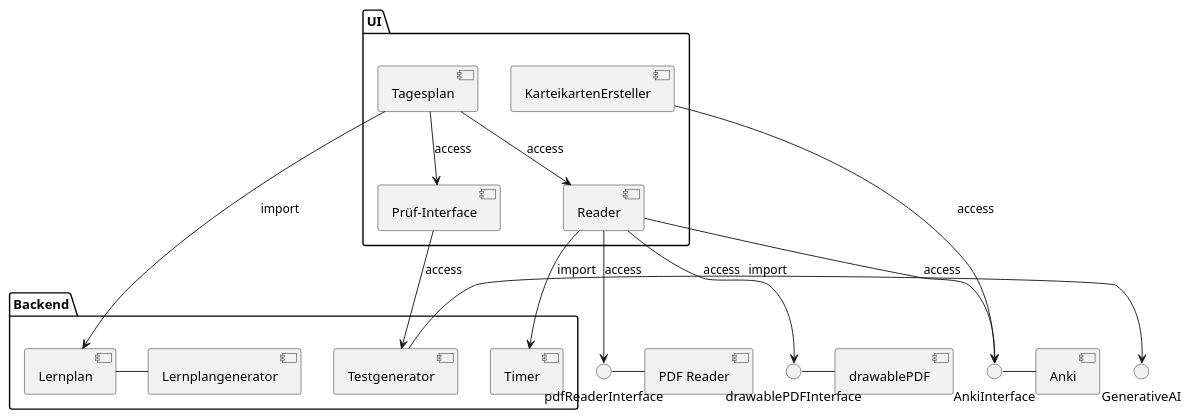
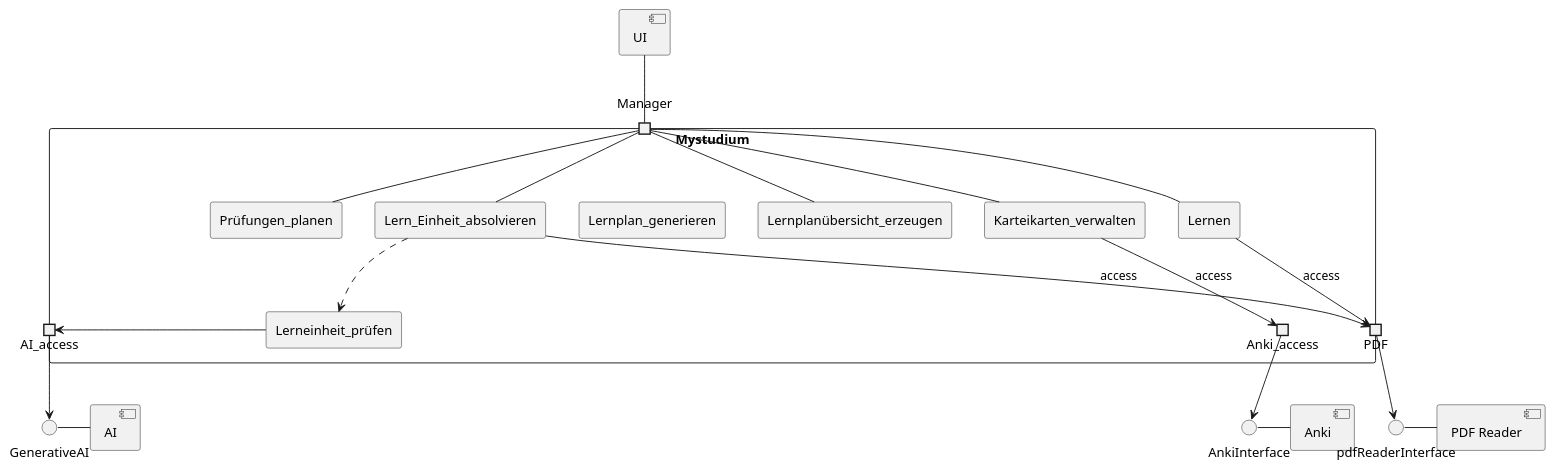
Before and after one commit to BjoernMalzacher/MyStudium_SWE_Labor: the diagram in PLant uml digramme/KomponentenDiagram.puml, drawn with PlantUML. The commit also changed 59 other files, not shown here.

```diff
--- a/PLant uml digramme/KomponentenDiagram.puml
+++ b/PLant uml digramme/KomponentenDiagram.puml
@@ -1,32 +1,75 @@
 @startuml Komponentendiagramm
+
+
 [Anki] 
 [PDF Reader]
-[drawablePDF]
+[AI]
 
 Interface pdfReaderInterface  as PRU
-Interface AnkiInterface as AI
-Interface drawablePDFInterface as DI
-Interface GenerativeAI
+Interface AnkiInterface as AnkiIntf
+Interface GenerativeAI as GAI
 PRU - [PDF Reader]
-AI - [Anki]
-DI - [drawablePDF]
+AnkiIntf - [Anki]
+GAI - [AI]
+component [UI]
+
+skinparam BackgroundColor transparent
+skinparam componentStyle rectangle
+component Mystudium {
+    'port definitions
+    portin Manager
+    portout AI_access
+    portout PDF
+    portout Anki_access
+
+    'use case definitions
+    component [Lernen] 
+    component [Lern_Einheit_absolvieren] 
+    component [Lernplan_generieren] 
+    component [Prüfungen_planen] 
+    component [Lernplanübersicht_erzeugen] 
+    component [Karteikarten_verwalten] 
+    component [Lerneinheit_prüfen]
+
+    'portin(manager) zu use cases
+    Manager -- Lern_Einheit_absolvieren
+    Manager -- Lernen
+    Manager -- Karteikarten_verwalten
+    Manager -- Prüfungen_planen
+    Manager -- Lernplanübersicht_erzeugen
+
+    'interne Pfeile
+    Lern_Einheit_absolvieren ..> Lerneinheit_prüfen
+
+    'use case zu portout
+    [Karteikarten_verwalten] --> Anki_access: access
+    [Lerneinheit_prüfen] --> AI_access
+    [Lernen] --> PDF: access
+    [Lern_Einheit_absolvieren] --> PDF: access
+}
+
+UI -- Manager
+AI_access --> GAI
+PDF --> PRU
+Anki_access --> AnkiIntf
 
 
+/'
 package "Backend" {
     [Timer]
     [Lernplan] - [Lernplangenerator]
     [Testgenerator] -> [GenerativeAI]: import
 }
 Package "UI" {
     [Reader] --> PRU: access
     [Reader] --> [Timer]: import
     [Reader] --> DI: access
     [Reader] --> AI: access
     [Tagesplan] --> [Lernplan]: import
     [Tagesplan] --> [Reader]: access
     [KarteikartenErsteller] --> [AI]: access
     [Prüf-Interface] --> [Testgenerator]: access
     [Tagesplan] --> [Prüf-Interface]: access
-}
+}'/
 
 @enduml
```
